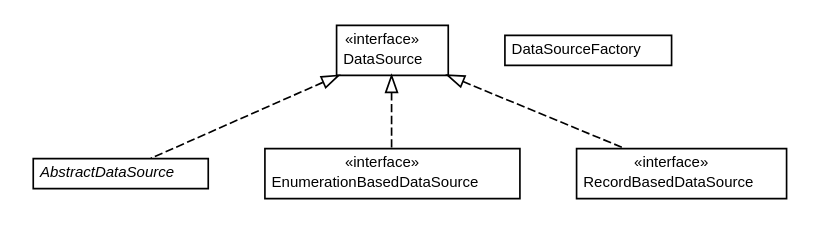
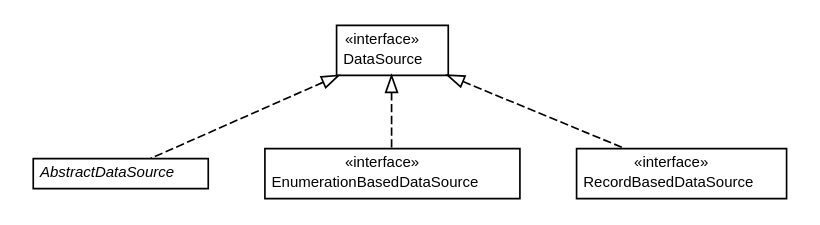
The diagram in docs/javadoc/apidocs/net/ljcomputing/randy/data/net.ljcomputing.randy.data.dot (willmorejg/net.ljcomputing.randy), drawn with Graphviz before and after one commit. The commit also changed 152 other files, not shown here.

```diff
--- a/docs/javadoc/apidocs/net/ljcomputing/randy/data/net.ljcomputing.randy.data.dot
+++ b/docs/javadoc/apidocs/net/ljcomputing/randy/data/net.ljcomputing.randy.data.dot
@@ -1,51 +1,45 @@
 #!/usr/local/bin/dot
 #
 # Class diagram 
 # Generated by UMLGraph version R5_6 (http://www.umlgraph.org/)
 #
 
 digraph G {
 	edge [fontname="Helvetica",fontsize=10,labelfontname="Helvetica",labelfontsize=10];
 	node [fontname="Helvetica",fontsize=10,shape=plaintext];
 	nodesep=0.25;
 	ranksep=0.5;
 	// net.ljcomputing.randy.data.AbstractDataSource
 	c0 [label=<<table title="net.ljcomputing.randy.data.AbstractDataSource" border="0" cellborder="1" cellspacing="0" cellpadding="2" port="p" href="./AbstractDataSource.html">
 		<tr><td><table border="0" cellspacing="0" cellpadding="1">
 <tr><td align="center" balign="center"><font face="Helvetica-Oblique"> AbstractDataSource </font></td></tr>
 		</table></td></tr>
 		</table>>, URL="./AbstractDataSource.html", fontname="Helvetica", fontcolor="black", fontsize=9.0];
 	// net.ljcomputing.randy.data.EnumerationBasedDataSource
 	c1 [label=<<table title="net.ljcomputing.randy.data.EnumerationBasedDataSource" border="0" cellborder="1" cellspacing="0" cellpadding="2" port="p" href="./EnumerationBasedDataSource.html">
 		<tr><td><table border="0" cellspacing="0" cellpadding="1">
 <tr><td align="center" balign="center"> &#171;interface&#187; </td></tr>
 <tr><td align="center" balign="center"> EnumerationBasedDataSource </td></tr>
 		</table></td></tr>
 		</table>>, URL="./EnumerationBasedDataSource.html", fontname="Helvetica", fontcolor="black", fontsize=9.0];
 	// net.ljcomputing.randy.data.RecordBasedDataSource
 	c2 [label=<<table title="net.ljcomputing.randy.data.RecordBasedDataSource" border="0" cellborder="1" cellspacing="0" cellpadding="2" port="p" href="./RecordBasedDataSource.html">
 		<tr><td><table border="0" cellspacing="0" cellpadding="1">
 <tr><td align="center" balign="center"> &#171;interface&#187; </td></tr>
 <tr><td align="center" balign="center"> RecordBasedDataSource </td></tr>
 		</table></td></tr>
 		</table>>, URL="./RecordBasedDataSource.html", fontname="Helvetica", fontcolor="black", fontsize=9.0];
 	// net.ljcomputing.randy.data.DataSource
 	c3 [label=<<table title="net.ljcomputing.randy.data.DataSource" border="0" cellborder="1" cellspacing="0" cellpadding="2" port="p" href="./DataSource.html">
 		<tr><td><table border="0" cellspacing="0" cellpadding="1">
 <tr><td align="center" balign="center"> &#171;interface&#187; </td></tr>
 <tr><td align="center" balign="center"> DataSource </td></tr>
 		</table></td></tr>
 		</table>>, URL="./DataSource.html", fontname="Helvetica", fontcolor="black", fontsize=9.0];
-	// net.ljcomputing.randy.data.DataSourceFactory
-	c4 [label=<<table title="net.ljcomputing.randy.data.DataSourceFactory" border="0" cellborder="1" cellspacing="0" cellpadding="2" port="p" href="./DataSourceFactory.html">
-		<tr><td><table border="0" cellspacing="0" cellpadding="1">
-<tr><td align="center" balign="center"> DataSourceFactory </td></tr>
-		</table></td></tr>
-		</table>>, URL="./DataSourceFactory.html", fontname="Helvetica", fontcolor="black", fontsize=9.0];
 	//net.ljcomputing.randy.data.AbstractDataSource implements net.ljcomputing.randy.data.DataSource
 	c3:p -> c0:p [dir=back,arrowtail=empty,style=dashed];
 	//net.ljcomputing.randy.data.EnumerationBasedDataSource implements net.ljcomputing.randy.data.DataSource
 	c3:p -> c1:p [dir=back,arrowtail=empty,style=dashed];
 	//net.ljcomputing.randy.data.RecordBasedDataSource implements net.ljcomputing.randy.data.DataSource
 	c3:p -> c2:p [dir=back,arrowtail=empty,style=dashed];
 }
```
